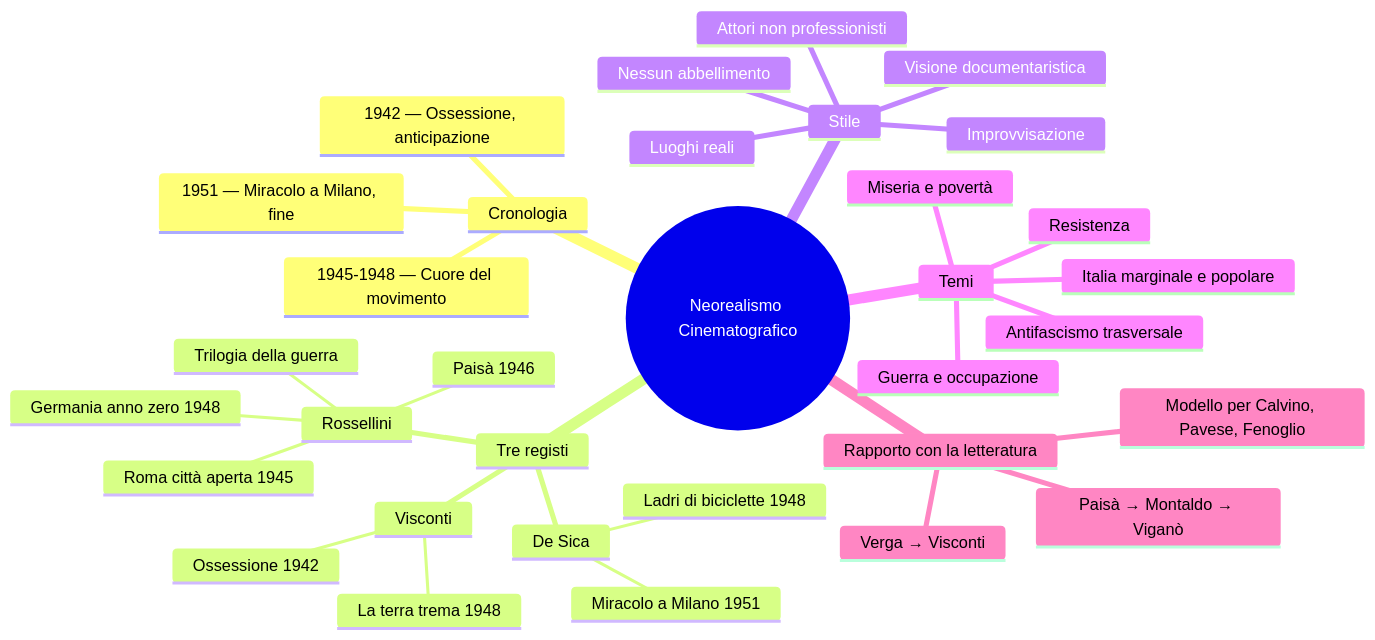
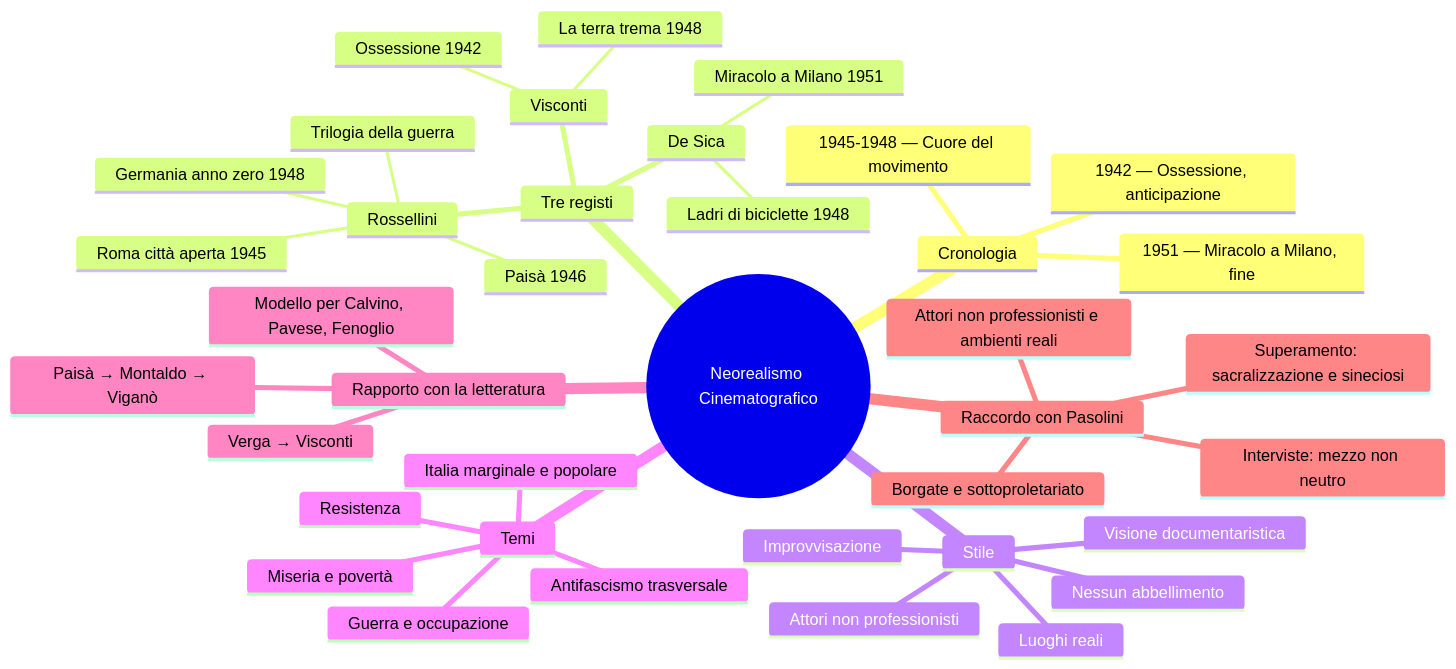
One commit to riccardo-algorime/appunti-5Bsa changed the third of 3 diagrams in esame/italiano/italiano(appunti-studio-anno)/neorealismo-cinematografico/mega-schema.md. Above: the diagram before and after it, drawn with Mermaid. The commit also changed other lines of this file and 16 other files, not shown here.

````diff
--- a/esame/italiano/italiano(appunti-studio-anno)/neorealismo-cinematografico/mega-schema.md
+++ b/esame/italiano/italiano(appunti-studio-anno)/neorealismo-cinematografico/mega-schema.md
@@ -201,36 +343,41 @@
 ```mermaid
 mindmap
   root((Neorealismo Cinematografico))
     Cronologia
       1942 — Ossessione, anticipazione
       1945-1948 — Cuore del movimento
       1951 — Miracolo a Milano, fine
     Tre registi
       Visconti
         Ossessione 1942
         La terra trema 1948
       Rossellini
         Trilogia della guerra
         Roma città aperta 1945
         Paisà 1946
         Germania anno zero 1948
       De Sica
         Ladri di biciclette 1948
         Miracolo a Milano 1951
     Stile
       Visione documentaristica
       Luoghi reali
       Attori non professionisti
       Improvvisazione
       Nessun abbellimento
     Temi
       Guerra e occupazione
       Miseria e povertà
       Resistenza
       Antifascismo trasversale
       Italia marginale e popolare
     Rapporto con la letteratura
       Verga → Visconti
       Paisà → Montaldo → Viganò
       Modello per Calvino, Pavese, Fenoglio
+    Raccordo con Pasolini
+      Attori non professionisti e ambienti reali
+      Borgate e sottoproletariato
+      Superamento: sacralizzazione e sineciosi
+      Interviste: mezzo non neutro
 ```
````
